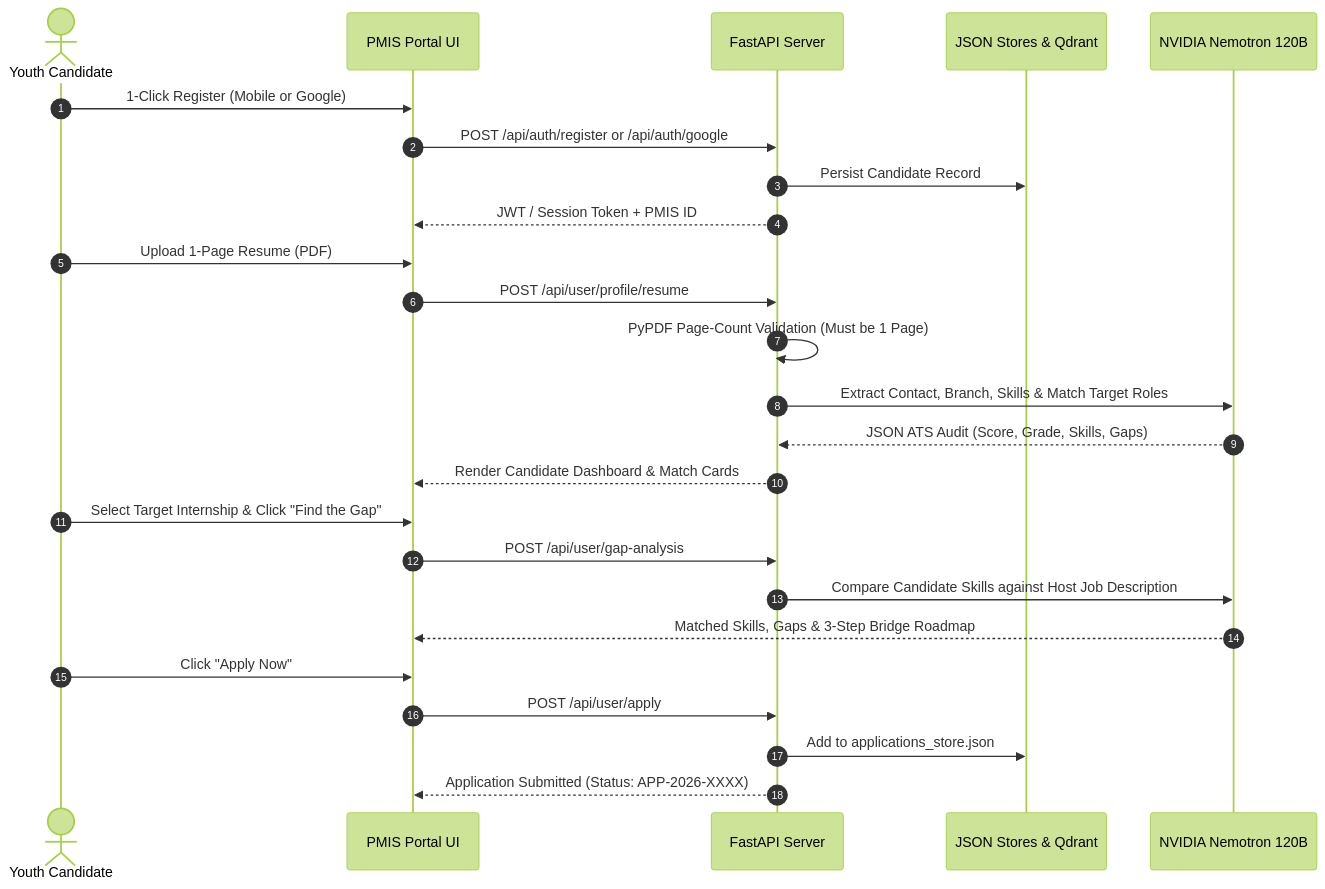
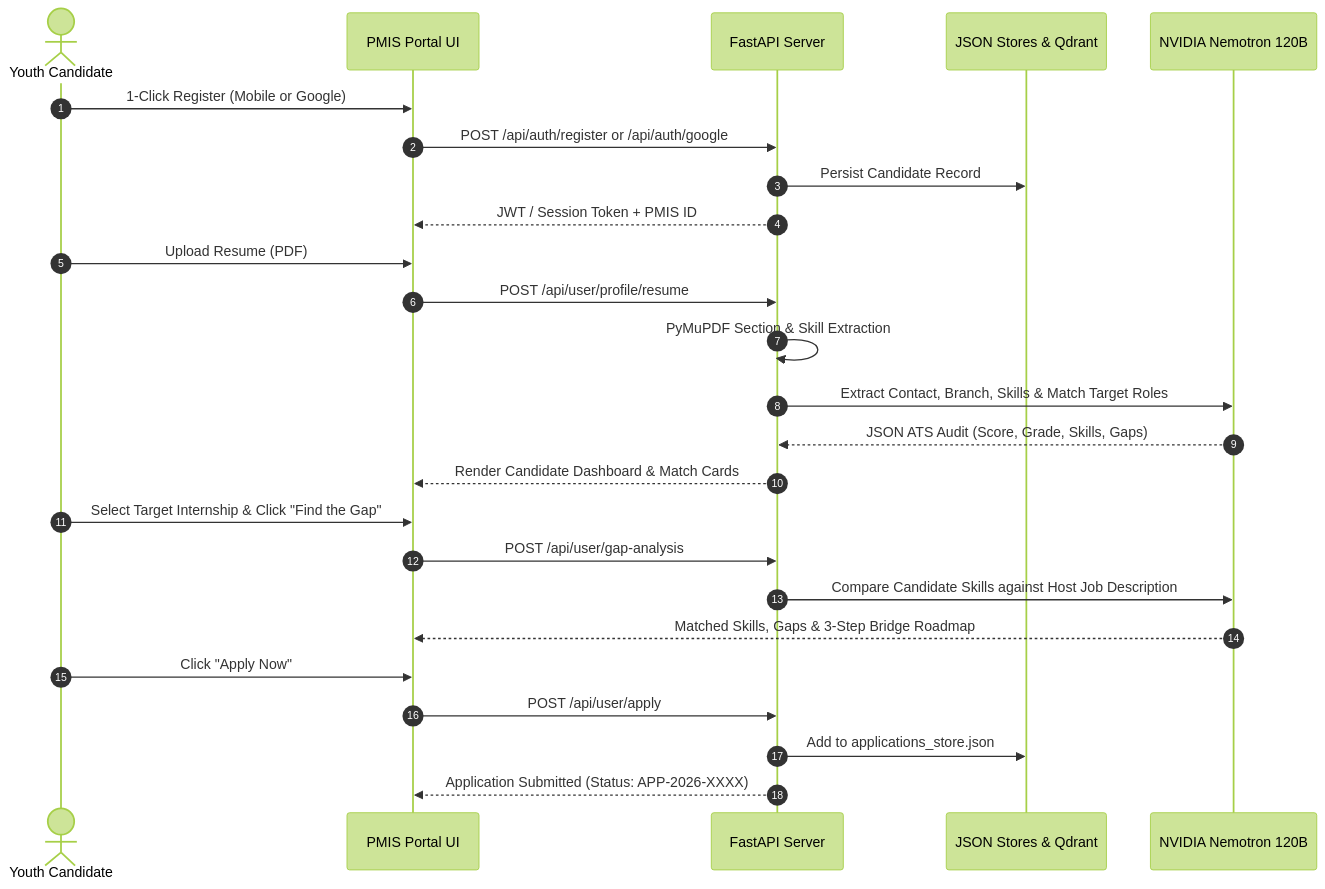
One commit to shivambhardwaj06/pmintership2.0 changed the third of 3 diagrams in README.md. Above: the diagram before and after it, drawn with Mermaid (forest theme). The commit also changed other lines of this file and 15 other files, not shown here.

Commit message:
feat: remove 1-page resume restriction and eliminate all references across frontend and backend

````diff
--- a/README.md
+++ b/README.md
@@ -251,31 +251,31 @@
 ```mermaid
 sequenceDiagram
     autonumber
     actor Candidate as Youth Candidate
     participant Portal as PMIS Portal UI
     participant Backend as FastAPI Server
     participant DB as JSON Stores & Qdrant
     participant AI as NVIDIA Nemotron 120B
 
     Candidate->>Portal: 1-Click Register (Mobile or Google)
     Portal->>Backend: POST /api/auth/register or /api/auth/google
     Backend->>DB: Persist Candidate Record
     Backend-->>Portal: JWT / Session Token + PMIS ID
 
-    Candidate->>Portal: Upload 1-Page Resume (PDF)
+    Candidate->>Portal: Upload Resume (PDF)
     Portal->>Backend: POST /api/user/profile/resume
-    Backend->>Backend: PyPDF Page-Count Validation (Must be 1 Page)
+    Backend->>Backend: PyMuPDF Section & Skill Extraction
     Backend->>AI: Extract Contact, Branch, Skills & Match Target Roles
     AI-->>Backend: JSON ATS Audit (Score, Grade, Skills, Gaps)
     Backend-->>Portal: Render Candidate Dashboard & Match Cards
 
     Candidate->>Portal: Select Target Internship & Click "Find the Gap"
     Portal->>Backend: POST /api/user/gap-analysis
     Backend->>AI: Compare Candidate Skills against Host Job Description
     AI-->>Portal: Matched Skills, Gaps & 3-Step Bridge Roadmap
 
     Candidate->>Portal: Click "Apply Now"
     Portal->>Backend: POST /api/user/apply
     Backend->>DB: Add to applications_store.json
     Backend-->>Portal: Application Submitted (Status: APP-2026-XXXX)
 ```
````
